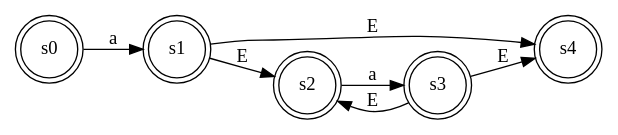
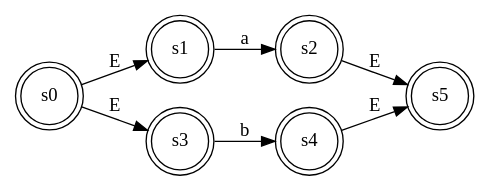
Before and after one commit to saritazavala/Automatas_Finitos: the diagram in AFN.gv, drawn with Graphviz. The commit also changed 4 other files, not shown here.

```diff
--- a/AFN.gv
+++ b/AFN.gv
@@ -1,12 +1,12 @@
 digraph finite_state_machine {
 	rankdir=LR size="8,5"
 	node [shape=doublecircle]
 	s0
-	s4
-	s0 -> s1 [label=a]
-	s1 -> s2 [label=E]
-	s1 -> s4 [label=E]
-	s2 -> s3 [label=a]
-	s3 -> s2 [label=E]
-	s3 -> s4 [label=E]
+	s5
+	s0 -> s1 [label=E]
+	s0 -> s3 [label=E]
+	s1 -> s2 [label=a]
+	s2 -> s5 [label=E]
+	s3 -> s4 [label=b]
+	s4 -> s5 [label=E]
 }
```
